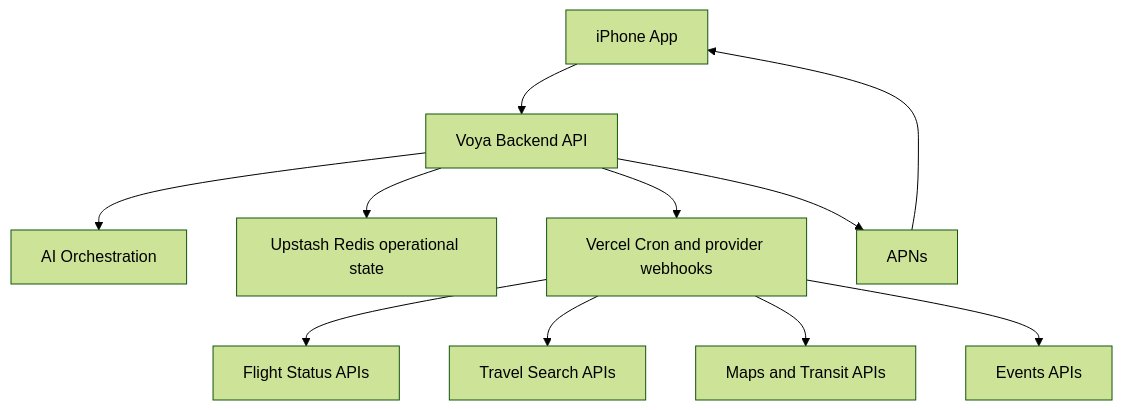
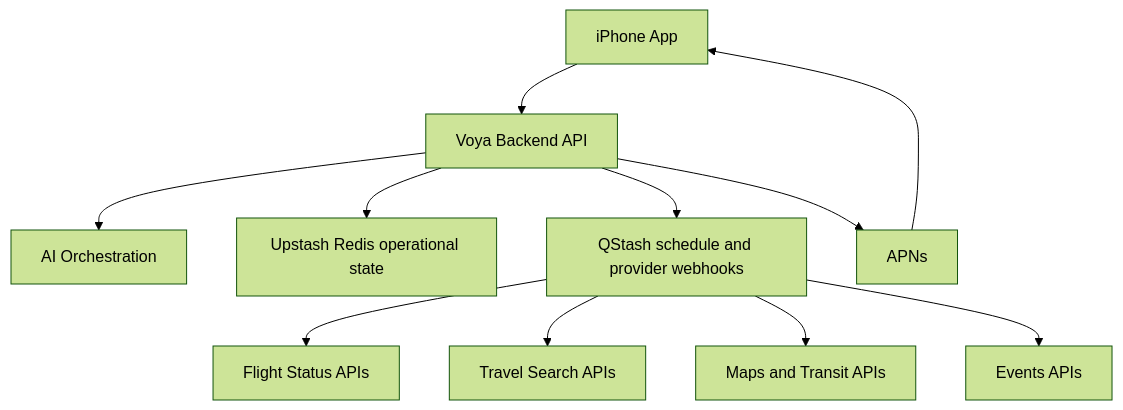
The diagram in docs/architecture.md (aglamov/Voya), drawn with Mermaid (forest theme) before and after one commit. The commit also changed other lines of this file and 9 other files, not shown here.

````diff
--- a/docs/architecture.md
+++ b/docs/architecture.md
@@ -11,13 +11,13 @@
 ```mermaid
 flowchart TD
     iOS["iPhone App"] --> API["Voya Backend API"]
     API --> AI["AI Orchestration"]
     API --> DB["Upstash Redis operational state"]
-    API --> Jobs["Vercel Cron and provider webhooks"]
+    API --> Jobs["QStash schedule and provider webhooks"]
     Jobs --> Flight["Flight Status APIs"]
     Jobs --> Search["Travel Search APIs"]
     Jobs --> Maps["Maps and Transit APIs"]
     Jobs --> Events["Events APIs"]
     API --> Push["APNs"]
     Push --> iOS
 ```
````
